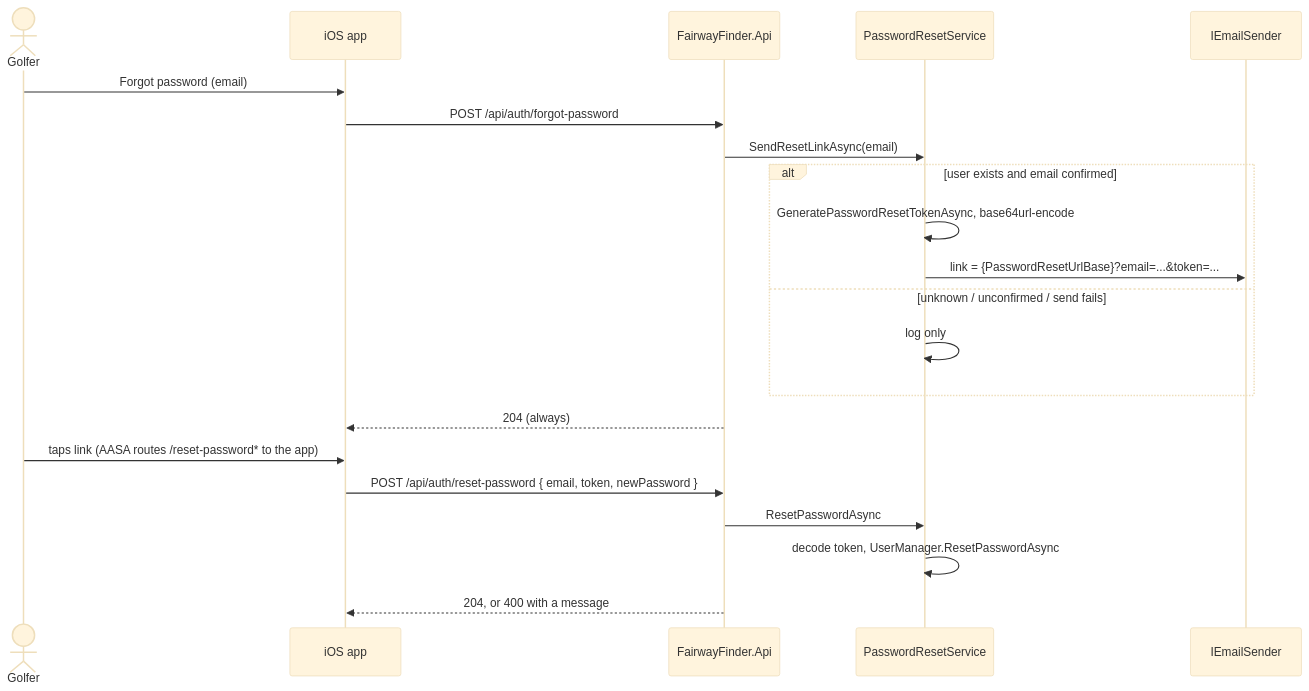
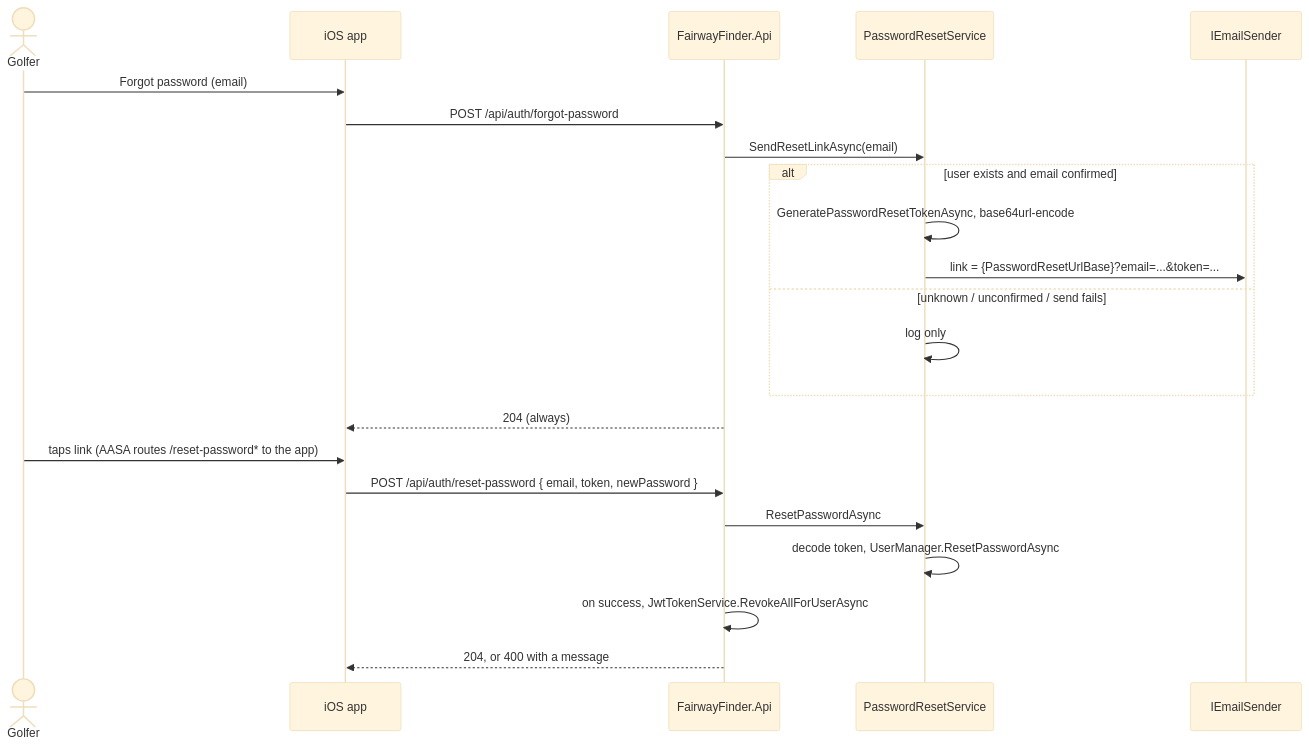
The third of 3 diagrams in docs/features/users-and-social.md (georgebjork/FairwayFinder), drawn with Mermaid (base theme) before and after one commit. The commit also changed other lines of this file and 50 other files, not shown here.

````diff
--- a/docs/features/users-and-social.md
+++ b/docs/features/users-and-social.md
@@ -174,24 +174,25 @@
 ```mermaid
 sequenceDiagram
     actor Golfer
     participant iOS as iOS app
     participant Api as FairwayFinder.Api
     participant PRS as PasswordResetService
     participant Mail as IEmailSender
 
     Golfer->>iOS: Forgot password (email)
     iOS->>Api: POST /api/auth/forgot-password
     Api->>PRS: SendResetLinkAsync(email)
     alt user exists and email confirmed
         PRS->>PRS: GeneratePasswordResetTokenAsync, base64url-encode
         PRS->>Mail: link = {PasswordResetUrlBase}?email=...&token=...
     else unknown / unconfirmed / send fails
         PRS->>PRS: log only
     end
     Api-->>iOS: 204 (always)
     Golfer->>iOS: taps link (AASA routes /reset-password* to the app)
     iOS->>Api: POST /api/auth/reset-password { email, token, newPassword }
     Api->>PRS: ResetPasswordAsync
     PRS->>PRS: decode token, UserManager.ResetPasswordAsync
+    Api->>Api: on success, JwtTokenService.RevokeAllForUserAsync
     Api-->>iOS: 204, or 400 with a message
 ```
````
